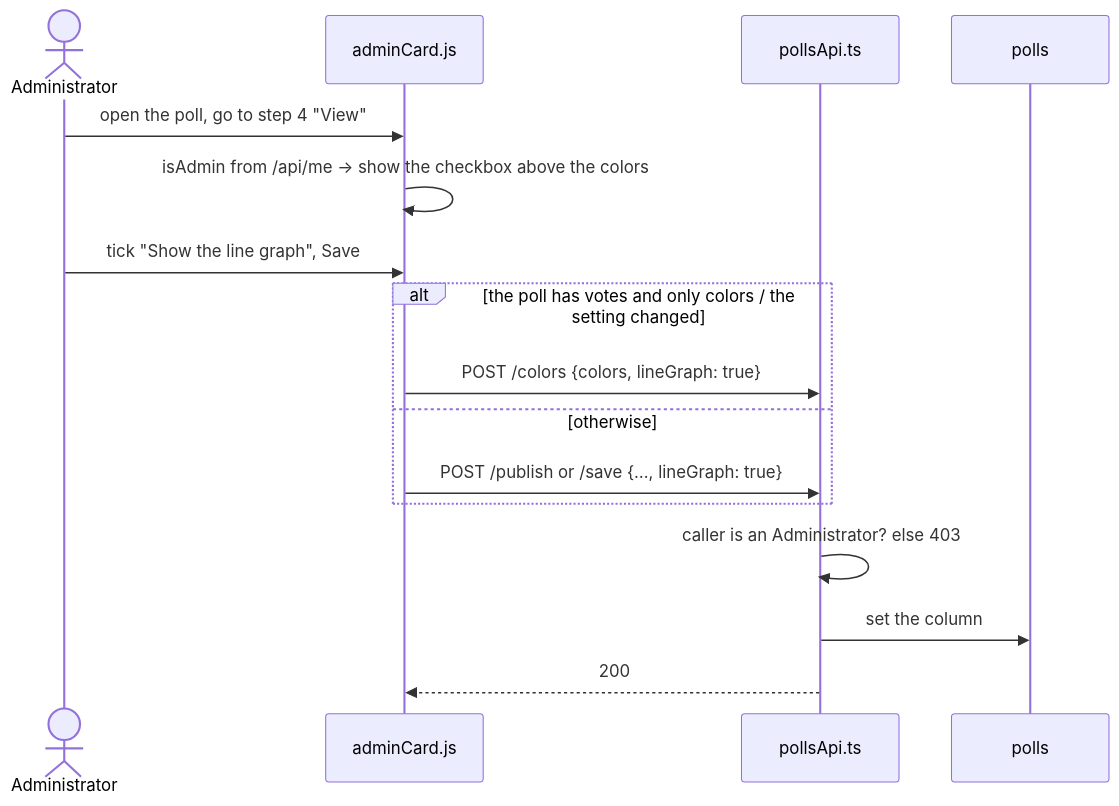
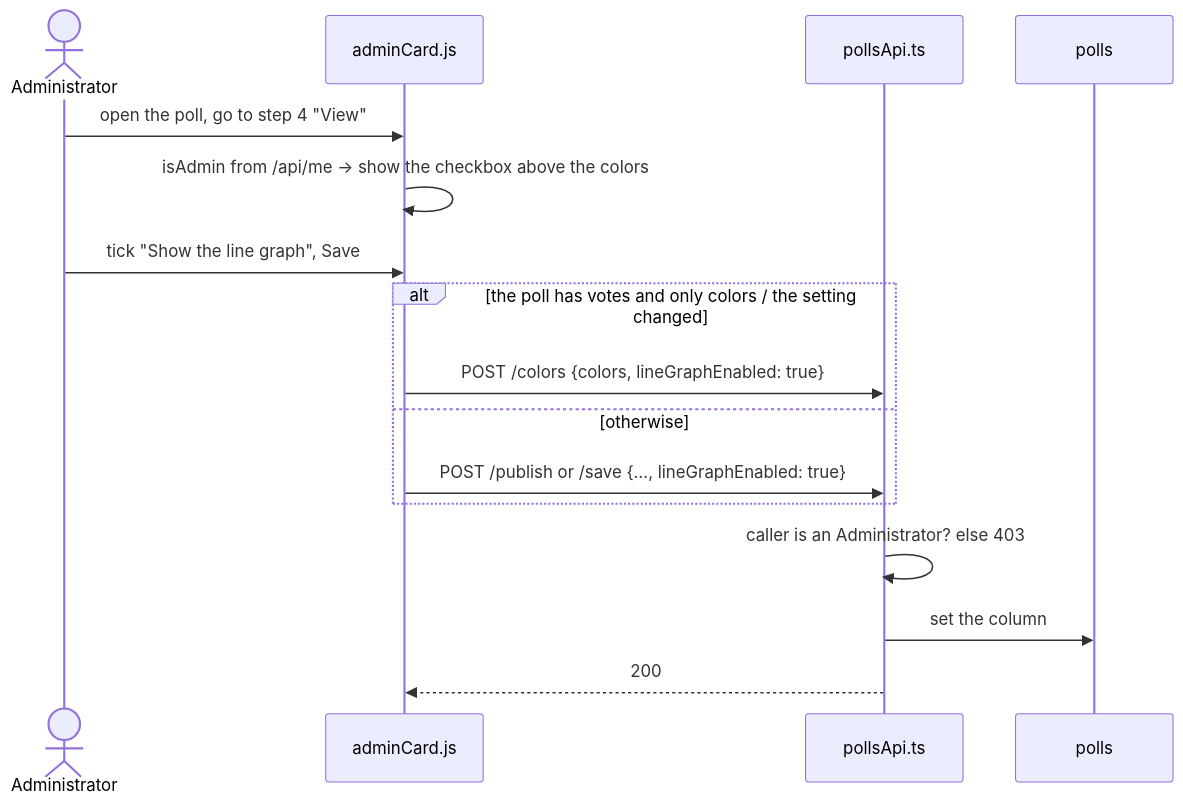
Before and after one commit to roadraceresults/crowdpoll: the second of 4 diagrams in requirements/20261028-114023-line-graph-toggle/requirements-report.md, drawn with Mermaid. The commit also changed other lines of this file and 42 other files, not shown here.

First line of the commit message:
Line graph toggle: per-poll line_graph_enabled setting

````diff
--- a/requirements/20261028-114023-line-graph-toggle/requirements-report.md
+++ b/requirements/20261028-114023-line-graph-toggle/requirements-report.md
@@ -92,18 +92,18 @@
 ```mermaid
 sequenceDiagram
   actor A as Administrator
   participant C as adminCard.js
   participant S as pollsApi.ts
   participant D as polls
   A->>C: open the poll, go to step 4 "View"
   C->>C: isAdmin from /api/me → show the checkbox above the colors
   A->>C: tick "Show the line graph", Save
   alt the poll has votes and only colors / the setting changed
-    C->>S: POST /colors {colors, lineGraph: true}
+    C->>S: POST /colors {colors, lineGraphEnabled: true}
   else otherwise
-    C->>S: POST /publish or /save {…, lineGraph: true}
+    C->>S: POST /publish or /save {…, lineGraphEnabled: true}
   end
   S->>S: caller is an Administrator? else 403
   S->>D: set the column
   S-->>C: 200
 ```
````
